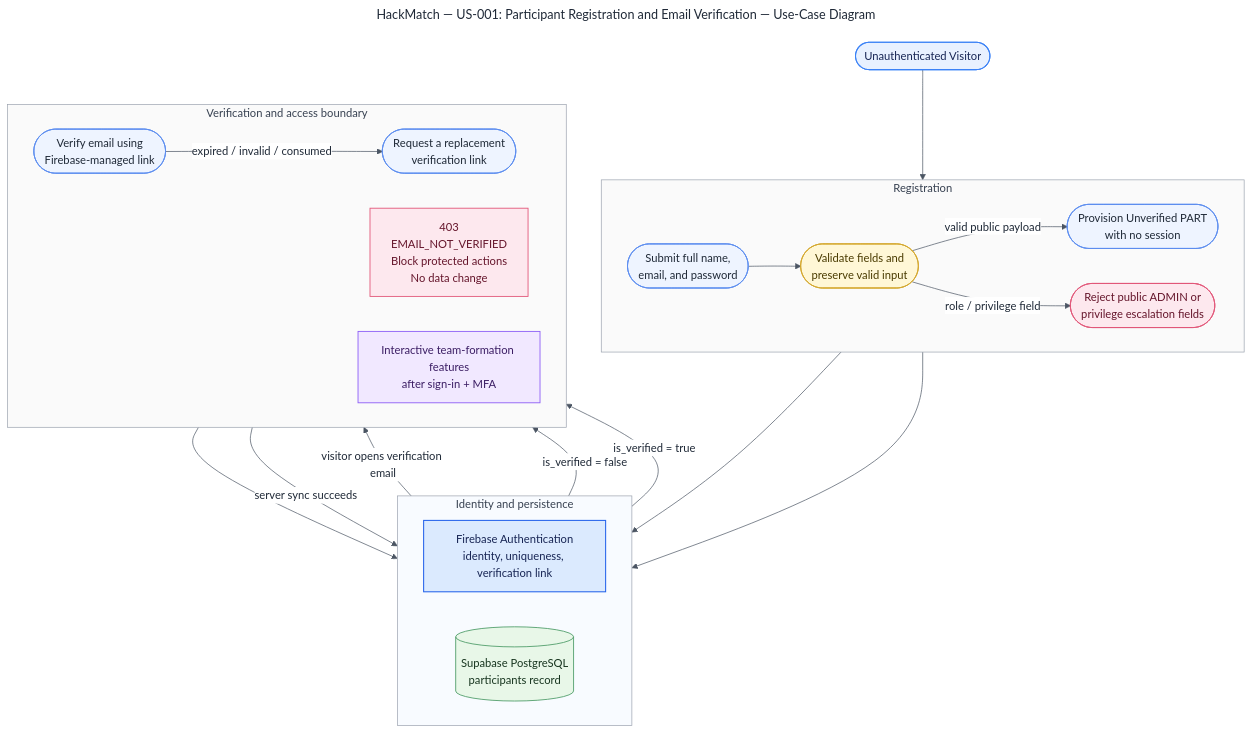
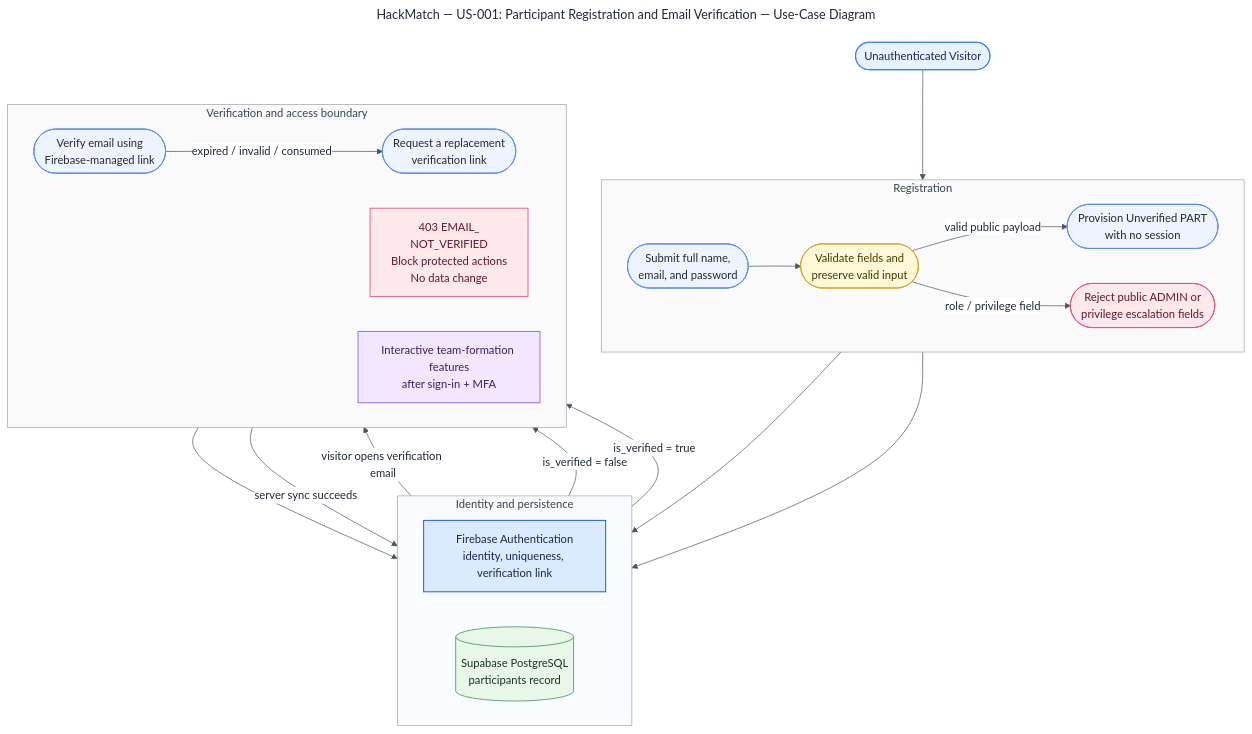
One commit to comp313-g1/HackMatch changed the diagram in docs/diagrams/US-001/US-001-participant-registration-use-case.mmd. Above: the diagram before and after it, drawn with Mermaid. The commit also changed 54 other files, not shown here.

Commit message:
docs(diagrams): add US-035 and align engineering diagrams (#450)

```diff
--- a/docs/diagrams/US-001/US-001-participant-registration-use-case.mmd
+++ b/docs/diagrams/US-001/US-001-participant-registration-use-case.mmd
@@ -1,52 +1,52 @@
 ---
 title: "HackMatch — US-001: Participant Registration and Email Verification — Use-Case Diagram"
 ---
 %%{init: {"theme":"base","themeVariables":{"background":"#ffffff","primaryTextColor":"#1f2937","lineColor":"#4b5563","edgeLabelBackground":"#ffffff","fontFamily":"Arial, sans-serif"},"flowchart":{"curve":"basis","htmlLabels":true}}}%%
 flowchart TB
     VISITOR(["Unauthenticated Visitor"]):::identity
 
     subgraph REGISTRATION["Registration"]
         direction LR
         REGISTER(["Submit full name,<br/>email, and password"]):::usecase
         VALIDATE(["Validate fields and<br/>preserve valid input"]):::decision
         PROVISION(["Provision Unverified PART<br/>with no session"]):::usecase
         ADMIN(["Reject public ADMIN or<br/>privilege escalation fields"]):::denied
         REGISTER --> VALIDATE
         VALIDATE -->|valid public payload| PROVISION
         VALIDATE -->|role / privilege field| ADMIN
     end
 
     subgraph IDENTITY["Identity and persistence"]
         direction LR
         FIREBASE["Firebase Authentication<br/>identity, uniqueness, verification link"]:::auth
         DATABASE[("Supabase PostgreSQL<br/>participants record")]:::success
     end
 
     subgraph VERIFICATION["Verification and access boundary"]
         direction LR
         VERIFY(["Verify email using<br/>Firebase-managed link"]):::usecase
         REPLACE(["Request a replacement<br/>verification link"]):::usecase
-        GUARD["403<br/>EMAIL_NOT_VERIFIED<br/>Block protected actions<br/>No data change"]:::denied
+        GUARD["403 EMAIL_<br/>NOT_VERIFIED<br/>Block protected actions<br/>No data change"]:::denied
         TEAM["Interactive team-formation features<br/>after sign-in + MFA"]:::team
     end
 
     VISITOR --> REGISTER
     PROVISION --> FIREBASE
     PROVISION --> DATABASE
     FIREBASE -->|visitor opens verification email| VERIFY
     VERIFY -->|expired / invalid / consumed| REPLACE
     REPLACE --> FIREBASE
     VERIFY -->|server sync succeeds| DATABASE
     DATABASE -->|is_verified = false| GUARD
     DATABASE -->|is_verified = true| TEAM
 
     classDef identity fill:#e8f1ff,stroke:#3b82f6,color:#172554,stroke-width:1.5px;
     classDef auth fill:#dbeafe,stroke:#2563eb,color:#172554,stroke-width:1.5px;
     classDef usecase fill:#eef4ff,stroke:#5b8def,color:#1f2937,stroke-width:1.25px;
     classDef decision fill:#fff7d6,stroke:#d4a72c,color:#4a3b00,stroke-width:1.25px;
     classDef success fill:#e8f7e8,stroke:#4f9d69,color:#17351f,stroke-width:1.25px;
     classDef team fill:#f1e8ff,stroke:#8b5cf6,color:#3b1d64,stroke-width:1.25px;
     classDef denied fill:#fde8ee,stroke:#e25578,color:#65152b,stroke-width:1.25px;
     style REGISTRATION fill:#fafafa,stroke:#9ca3af,stroke-width:1px,color:#374151
     style IDENTITY fill:#f8fbff,stroke:#9ca3af,stroke-width:1px,color:#374151
     style VERIFICATION fill:#fafafa,stroke:#9ca3af,stroke-width:1px,color:#374151
```
